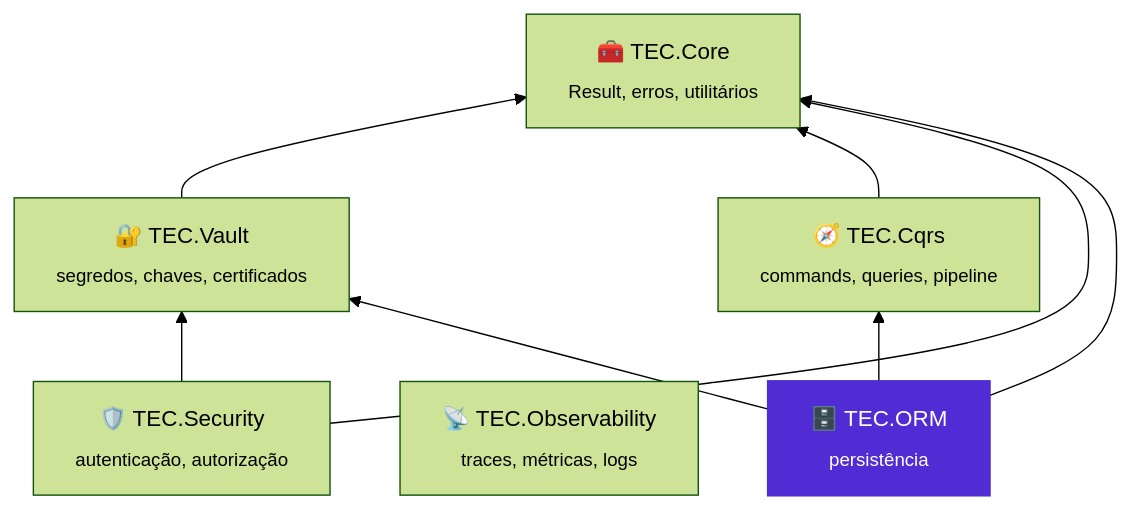
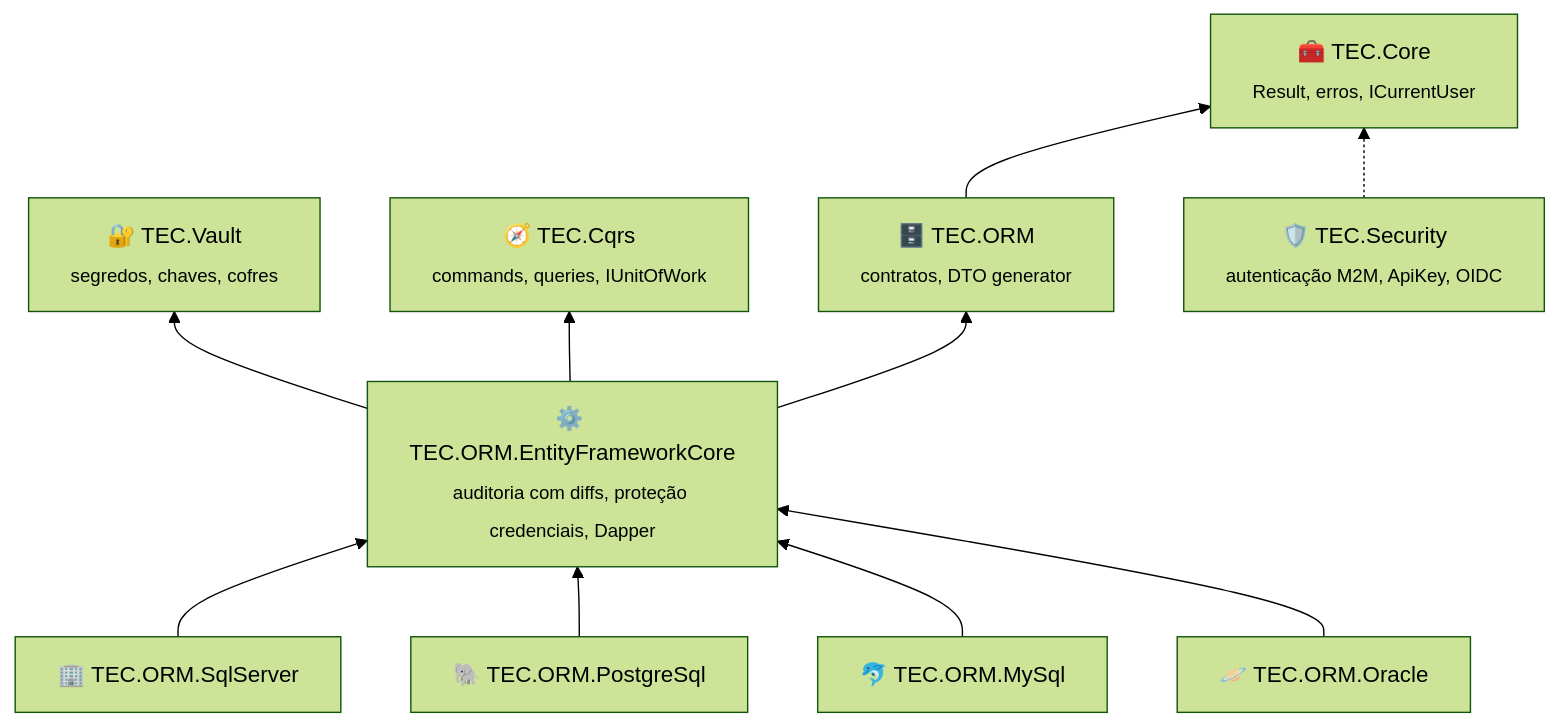
The diagram in README.md (tudoemcodigo/lib-tec-orm), drawn with Mermaid (forest theme) before and after one commit. The commit also changed other lines of this file and 74 other files, not shown here.

First line of the commit message:
feat(orm): suporte multi-banco (PostgreSQL, MySQL, Oracle), trilha historica com diffs e protecao de connection string

````diff
--- a/README.md
+++ b/README.md
@@ -73,18 +77,23 @@
 ```mermaid
 flowchart BT
-    Core["🧰 TEC.Core<br/><sub>Result, erros, utilitários</sub>"]
-    Vault["🔐 TEC.Vault<br/><sub>segredos, chaves, certificados</sub>"]
-    Cqrs["🧭 TEC.Cqrs<br/><sub>commands, queries, pipeline</sub>"]
-    Sec["🛡️ TEC.Security<br/><sub>autenticação, autorização</sub>"]
-    Obs["📡 TEC.Observability<br/><sub>traces, métricas, logs</sub>"]
-    Orm["🗄️ TEC.ORM<br/><sub>persistência</sub>"]
-    Vault --> Core
-    Cqrs --> Core
-    Sec --> Core
-    Sec --> Vault
-    Orm --> Core
-    Orm --> Cqrs
-    Orm --> Vault
-    classDef atual fill:#512BD4,color:#fff,stroke:#512BD4,stroke-width:2px
-    class Orm atual
+    Core["🧰 TEC.Core<br/><sub>Result, erros, ICurrentUser</sub>"]
+    Vault["🔐 TEC.Vault<br/><sub>segredos, chaves, cofres</sub>"]
+    Cqrs["🧭 TEC.Cqrs<br/><sub>commands, queries, IUnitOfWork</sub>"]
+    Sec["🛡️ TEC.Security<br/><sub>autenticação M2M, ApiKey, OIDC</sub>"]
+    OrmCore["🗄️ TEC.ORM<br/><sub>contratos, DTO generator</sub>"]
+    OrmEF["⚙️ TEC.ORM.EntityFrameworkCore<br/><sub>auditoria com diffs, proteção credenciais, Dapper</sub>"]
+    Sql["🏢 TEC.ORM.SqlServer"]
+    Pg["🐘 TEC.ORM.PostgreSql"]
+    My["🐬 TEC.ORM.MySql"]
+    Ora["🪐 TEC.ORM.Oracle"]
+
+    OrmCore --> Core
+    OrmEF --> OrmCore
+    OrmEF --> Vault
+    OrmEF --> Cqrs
+    Sql --> OrmEF
+    Pg --> OrmEF
+    My --> OrmEF
+    Ora --> OrmEF
+    Sec -.-> Core
 ```
````
